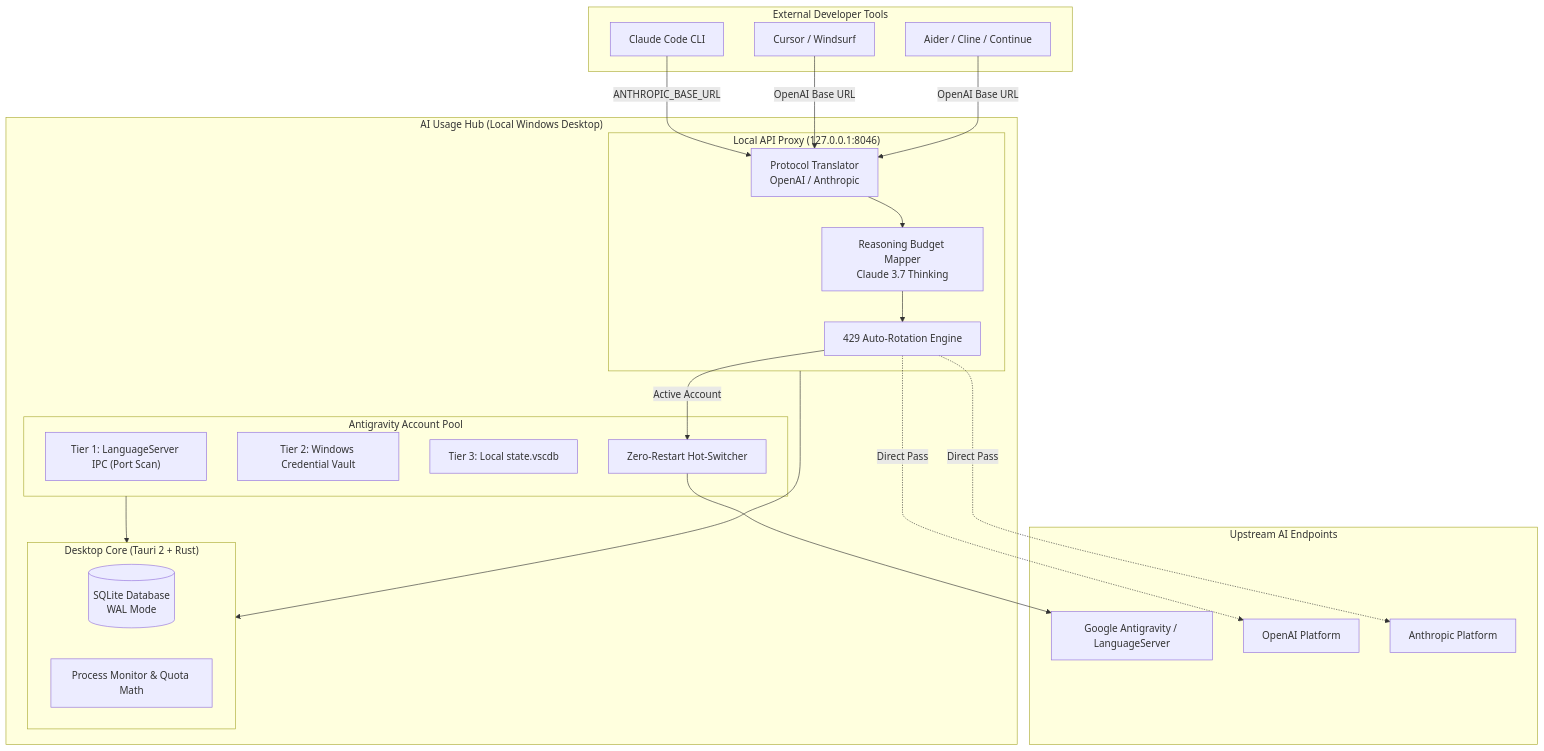
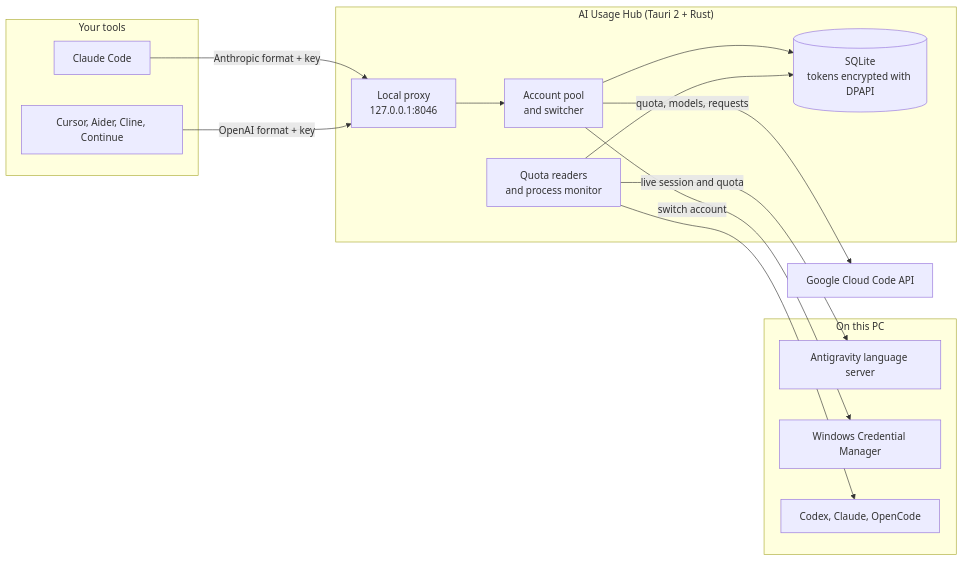
Before and after one commit to hfatih/ai-usage-hub: the diagram in README.md, drawn with Mermaid. The commit also changed other lines of this file and 40 other files, not shown here.

First line of the commit message:
Release v0.1.22: real Antigravity data, safer switching, secured proxy

````diff
--- a/README.md
+++ b/README.md
@@ -107,47 +108,32 @@
 ```mermaid
-flowchart TD
-    subgraph IDE_Tools ["External Developer Tools"]
-        CC["Claude Code CLI"]
-        CU["Cursor / Windsurf"]
-        AI["Aider / Cline / Continue"]
+flowchart LR
+    subgraph Tools["Your tools"]
+        CC["Claude Code"]
+        ED["Cursor, Aider, Cline, Continue"]
     end
 
-    subgraph Hub ["AI Usage Hub (Local Windows Desktop)"]
-        subgraph Gateway ["Local API Proxy (127.0.0.1:8046)"]
-            PR["Protocol Translator\nOpenAI / Anthropic"]
-            RM["Reasoning Budget Mapper\nClaude 3.7 Thinking"]
-            AR["429 Auto-Rotation Engine"]
-        end
-
-        subgraph AccountPool ["Antigravity Account Pool"]
-            T1["Tier 1: LanguageServer IPC (Port Scan)"]
-            T2["Tier 2: Windows Credential Vault"]
-            T3["Tier 3: Local state.vscdb"]
-            HS["Zero-Restart Hot-Switcher"]
-        end
-
-        subgraph Core ["Desktop Core (Tauri 2 + Rust)"]
-            DB[("SQLite Database\nWAL Mode")]
-            PM["Process Monitor & Quota Math"]
-        end
+    subgraph Hub["AI Usage Hub (Tauri 2 + Rust)"]
+        PX["Local proxy<br/>127.0.0.1:8046"]
+        POOL["Account pool<br/>and switcher"]
+        MON["Quota readers<br/>and process monitor"]
+        DB[("SQLite<br/>tokens encrypted with DPAPI")]
     end
 
-    subgraph Upstream ["Upstream AI Endpoints"]
-        GAPI["Google Antigravity / LanguageServer"]
-        OAPI["OpenAI Platform"]
-        AAPI["Anthropic Platform"]
+    subgraph Local["On this PC"]
+        AG["Antigravity language server"]
+        WCM["Windows Credential Manager"]
+        APPS["Codex, Claude, OpenCode"]
     end
 
-    CC -->|ANTHROPIC_BASE_URL| PR
-    CU -->|OpenAI Base URL| PR
-    AI -->|OpenAI Base URL| PR
+    G["Google Cloud Code API"]
 
-    PR --> RM --> AR
-    AR -->|Active Account| HS
-    HS --> GAPI
-    AR -.->|Direct Pass| OAPI
-    AR -.->|Direct Pass| AAPI
-
-    AccountPool --> Core
-    Gateway --> Core
+    CC -->|"Anthropic format + key"| PX
+    ED -->|"OpenAI format + key"| PX
+    PX --> POOL
+    POOL -->|"quota, models, requests"| G
+    POOL -->|"switch account"| WCM
+    MON -->|"live session and quota"| AG
+    MON --> APPS
+    POOL --> DB
+    MON --> DB
 ```
````
